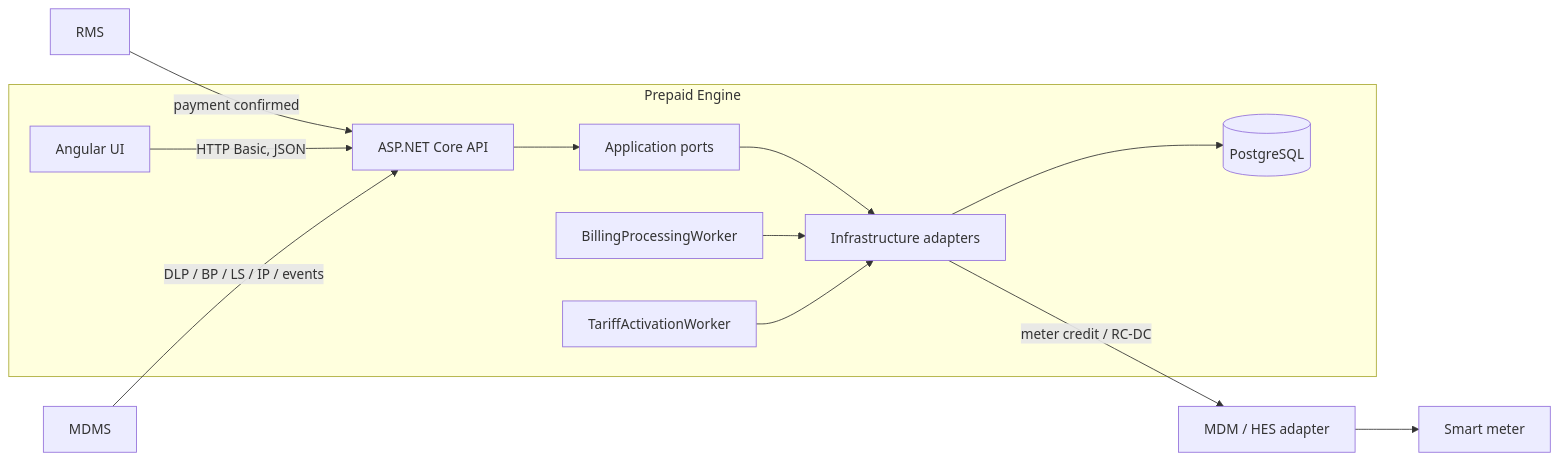
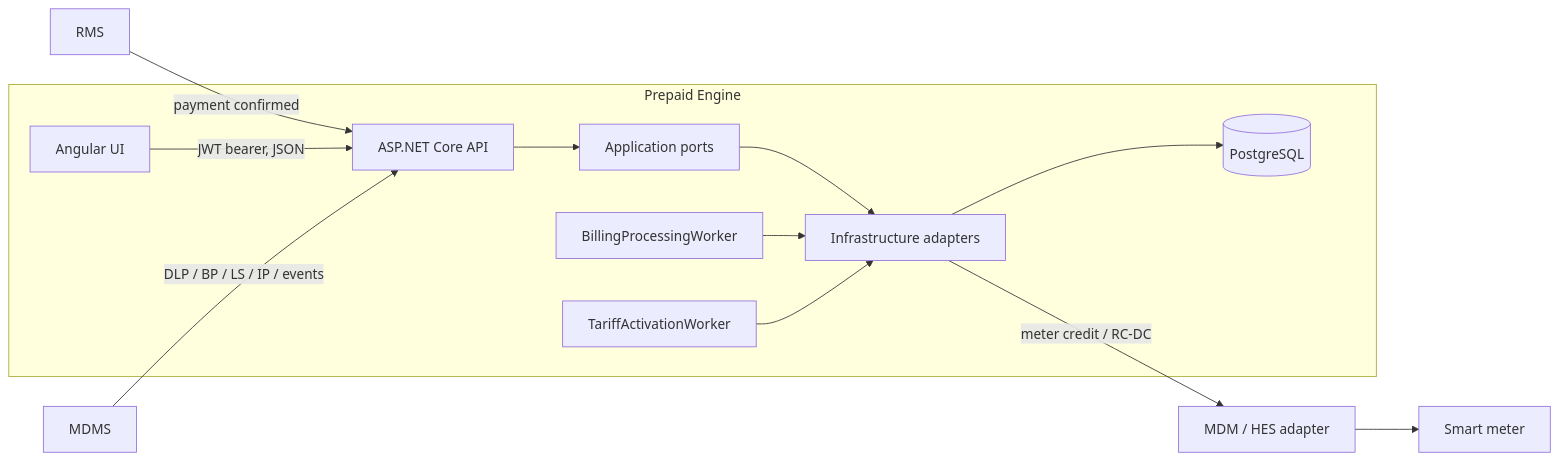
The first of 3 diagrams in docs/ARCHITECTURE.md (lalit-prakash/prepaid_engine), drawn with Mermaid before and after one commit. The commit also changed other lines of this file and 20 other files, not shown here.

First line of the commit message:
feat: JWT bearer authentication with hashed passwords and login lockout

````diff
--- a/docs/ARCHITECTURE.md
+++ b/docs/ARCHITECTURE.md
@@ -33,15 +33,15 @@
 ```mermaid
 flowchart LR
   RMS[RMS] -- payment confirmed --> API
   subgraph Engine[Prepaid Engine]
-    UI[Angular UI] -- HTTP Basic, JSON --> API[ASP.NET Core API]
+    UI[Angular UI] -- JWT bearer, JSON --> API[ASP.NET Core API]
     API --> APP[Application ports]
     APP --> INF[Infrastructure adapters]
     INF --> DB[(PostgreSQL)]
     W1[BillingProcessingWorker] --> INF
     W2[TariffActivationWorker] --> INF
   end
   INF -- meter credit / RC-DC --> MDM[MDM / HES adapter]
   MDM --> METER[Smart meter]
   MDMS[MDMS] -- DLP / BP / LS / IP / events --> API
 ```
````
